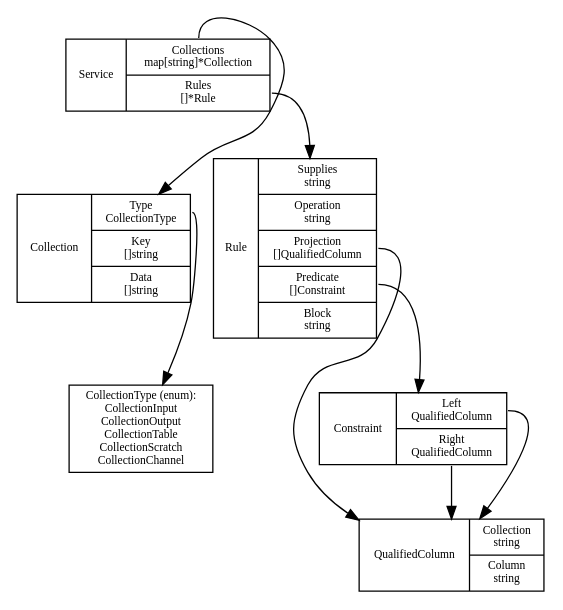
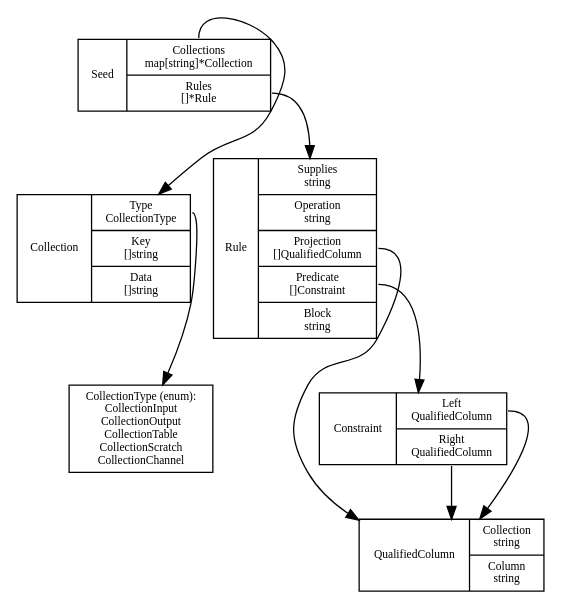
One commit to nathankerr/seed changed the diagram in types.dot. Above: the diagram before and after it, drawn with Graphviz. The commit also changed 5 other files, not shown here.

```diff
--- a/types.dot
+++ b/types.dot
@@ -1,27 +1,26 @@
 digraph types {
 	margin="0"
 	size="4.5,7.1"
 	page="324,12"
 	node [fontname="Alegreya" fontsize="9"]
 	node [shape="record"]
-	//rankdir="LR"
 
-	Service [label="Service | {<Collections>Collections\nmap[string]*Collection | <Rules>Rules\n[]*Rule} "]
+	Service [label="Seed | {<Collections>Collections\nmap[string]*Collection | <Rules>Rules\n[]*Rule} "]
 	Service:Collections -> Collection
 	Service:Rules -> Rule
 
 	Collection [label="Collection | {<Type>Type\nCollectionType | <Key>Key\n[]string | <Data>Data\n[]string}"]
 	Collection:Type -> CollectionType
 
 	CollectionType [shape="rectangle",label="CollectionType (enum):\nCollectionInput\nCollectionOutput\nCollectionTable\nCollectionScratch\nCollectionChannel"]
 
 	Rule [label="Rule | {<Supplies>Supplies\nstring | <Operation>Operation\nstring | <Projection>Projection\n[]QualifiedColumn | <Predicate>Predicate\n[]Constraint | <Block>Block\nstring}"]
 	Rule:Projection -> QualifiedColumn
 	Rule:Predicate -> Constraint
 
 	QualifiedColumn [label="QualifiedColumn | {<Collection>Collection\nstring | <Column>Column\nstring}"]
 
 	Constraint [label="Constraint | {<Left>Left\nQualifiedColumn | <Right>Right\nQualifiedColumn}"]
 	Constraint:Left -> QualifiedColumn
 	Constraint:Right -> QualifiedColumn
 }
```
